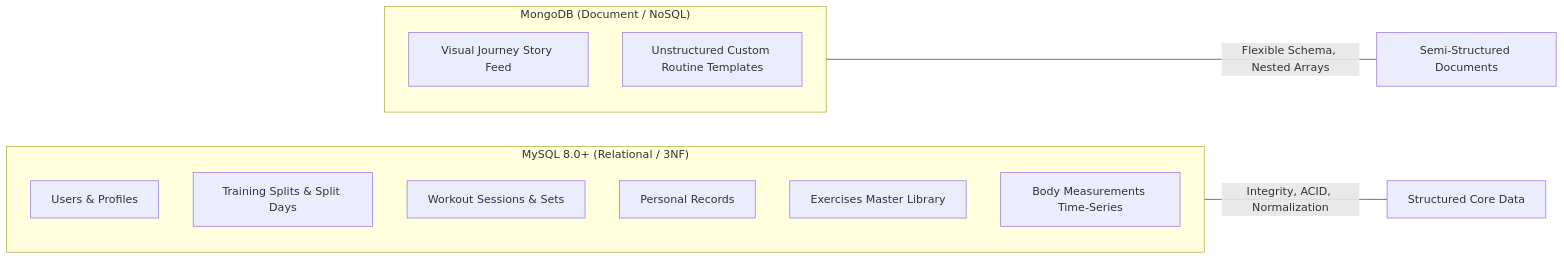
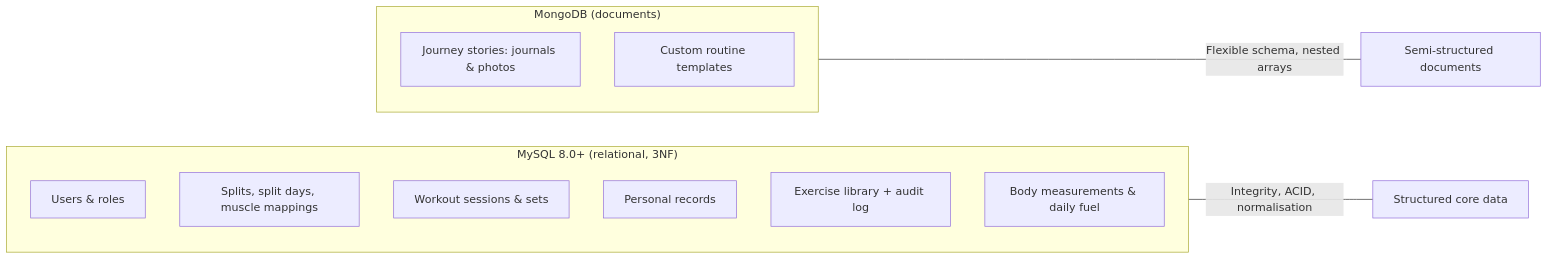
The diagram in PLAN.md (Gagan-1718/PhysiQ-Gym-Tracker), drawn with Mermaid before and after one commit. The commit also changed other lines of this file, not shown here.

Commit message:
docs(plan): compliance matrix and revised 7-phase roadmap status

````diff
--- a/PLAN.md
+++ b/PLAN.md
@@ -44,19 +46,19 @@
 ```mermaid
 flowchart LR
-    subgraph MySQL ["MySQL 8.0+ (Relational / 3NF)"]
-        A[Users & Profiles]
-        B[Training Splits & Split Days]
-        C[Workout Sessions & Sets]
-        D[Personal Records]
-        E[Exercises Master Library]
-        F[Body Measurements Time-Series]
+    subgraph MySQL ["MySQL 8.0+ (relational, 3NF)"]
+        A[Users & roles]
+        B[Splits, split days, muscle mappings]
+        C[Workout sessions & sets]
+        D[Personal records]
+        E[Exercise library + audit log]
+        F[Body measurements & daily fuel]
     end
 
-    subgraph MongoDB ["MongoDB (Document / NoSQL)"]
-        G[Visual Journey Story Feed]
-        H[Unstructured Custom Routine Templates]
+    subgraph MongoDB ["MongoDB (documents)"]
+        G[Journey stories: journals & photos]
+        H[Custom routine templates]
     end
 
-    MySQL ---|Integrity, ACID, Normalization| CoreData[Structured Core Data]
-    MongoDB ---|Flexible Schema, Nested Arrays| SemiData[Semi-Structured Documents]
+    MySQL ---|Integrity, ACID, normalisation| CoreData[Structured core data]
+    MongoDB ---|Flexible schema, nested arrays| SemiData[Semi-structured documents]
 ```
````
